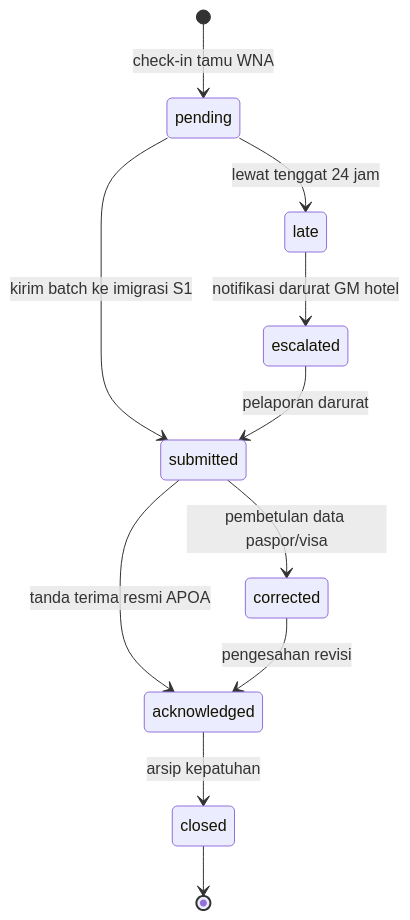
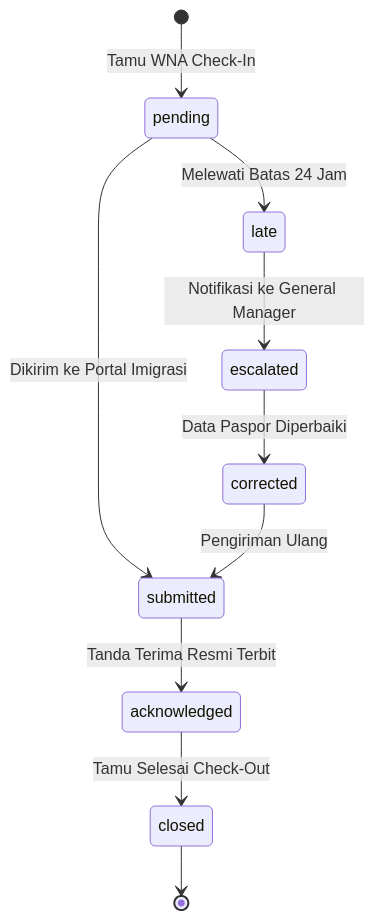
Before and after one commit to Orls967/SuperWeb: the fourth of 7 diagrams in docs/design/fase-91.md, drawn with Mermaid. The commit also changed other lines of this file and 189 other files, not shown here.

````diff
--- a/docs/design/fase-91.md
+++ b/docs/design/fase-91.md
@@ -51,13 +112,12 @@
 ```mermaid
 stateDiagram-v2
-    [*] --> pending: check-in tamu WNA
-    pending --> submitted: kirim batch ke imigrasi S1
-    submitted --> acknowledged: tanda terima resmi APOA
-    pending --> late: lewat tenggat 24 jam
-    late --> escalated: notifikasi darurat GM hotel
-    escalated --> submitted: pelaporan darurat
-    submitted --> corrected: pembetulan data paspor/visa
-    corrected --> acknowledged: pengesahan revisi
-    acknowledged --> closed: arsip kepatuhan
+    [*] --> pending : Tamu WNA Check-In
+    pending --> submitted : Dikirim ke Portal Imigrasi
+    submitted --> acknowledged : Tanda Terima Resmi Terbit
+    pending --> late : Melewati Batas 24 Jam
+    late --> escalated : Notifikasi ke General Manager
+    escalated --> corrected : Data Paspor Diperbaiki
+    corrected --> submitted : Pengiriman Ulang
+    acknowledged --> closed : Tamu Selesai Check-Out
     closed --> [*]
 ```
````
